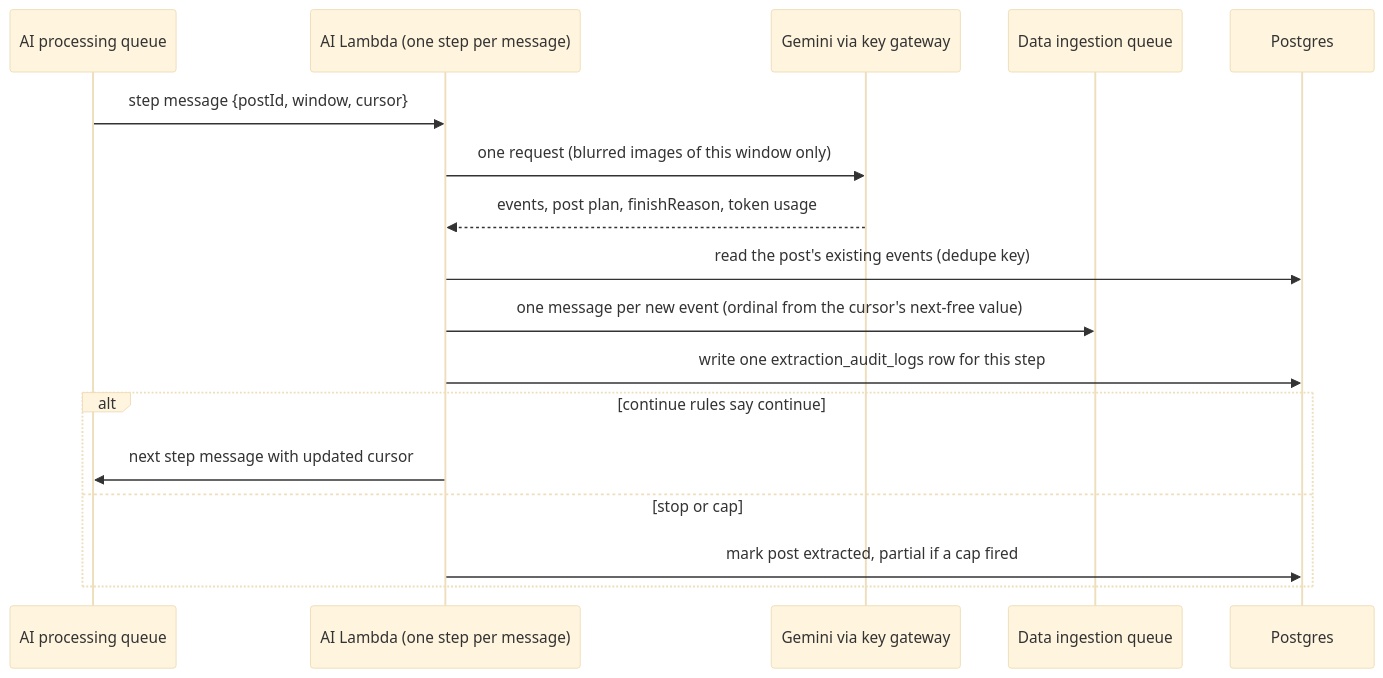
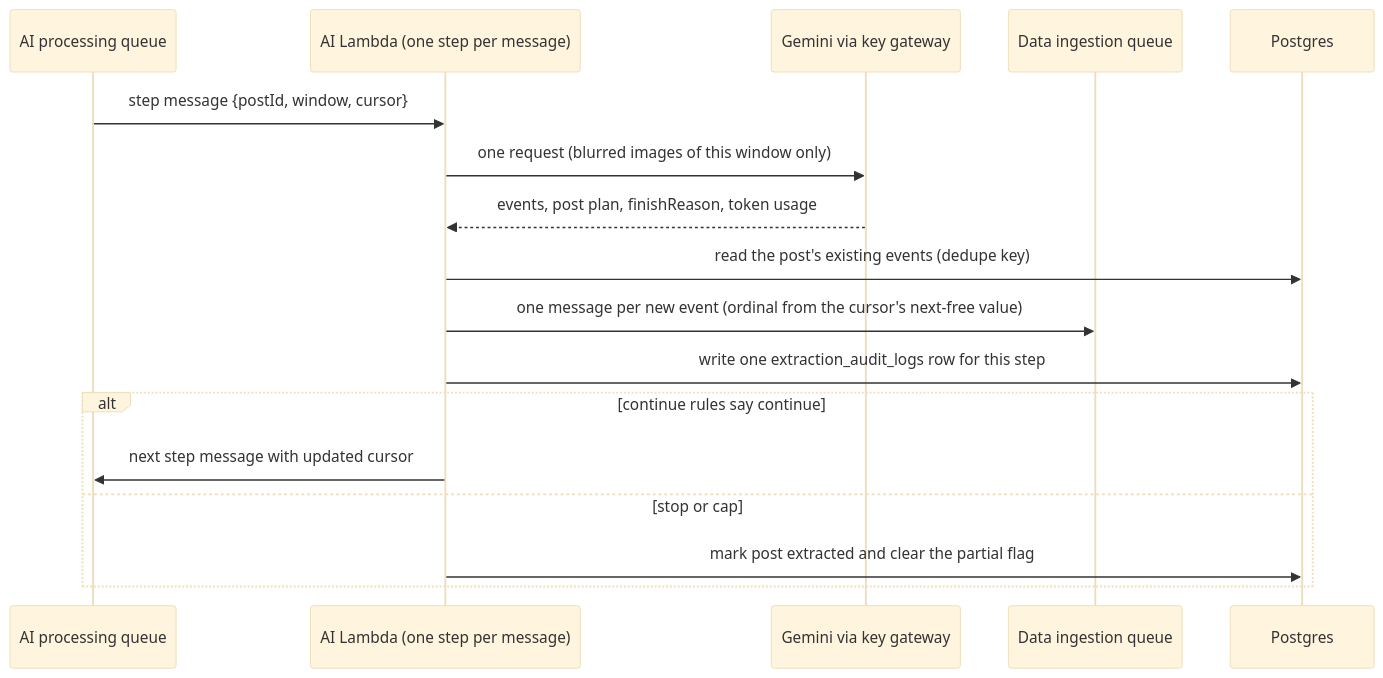
Before and after one commit to sulha199/fest-grid-bmad: the second of 2 diagrams in _bmad-output/specs/spec-cursor-extraction/architecture-diagrams.md, drawn with Mermaid (base theme). The commit also changed other lines of this file and 4 other files, not shown here.

````diff
--- a/_bmad-output/specs/spec-cursor-extraction/architecture-diagrams.md
+++ b/_bmad-output/specs/spec-cursor-extraction/architecture-diagrams.md
@@ -23,19 +23,19 @@
 ```mermaid
 sequenceDiagram
   participant Q as AI processing queue
   participant L as AI Lambda (one step per message)
   participant G as Gemini via key gateway
   participant D as Data ingestion queue
   participant DB as Postgres
   Q->>L: step message {postId, window, cursor}
   L->>G: one request (blurred images of this window only)
   G-->>L: events, post plan, finishReason, token usage
   L->>DB: read the post's existing events (dedupe key)
   L->>D: one message per new event (ordinal from the cursor's next-free value)
   L->>DB: write one extraction_audit_logs row for this step
   alt continue rules say continue
     L->>Q: next step message with updated cursor
   else stop or cap
-    L->>DB: mark post extracted, partial if a cap fired
+    L->>DB: mark post extracted and clear the partial flag
   end
 ```
````
